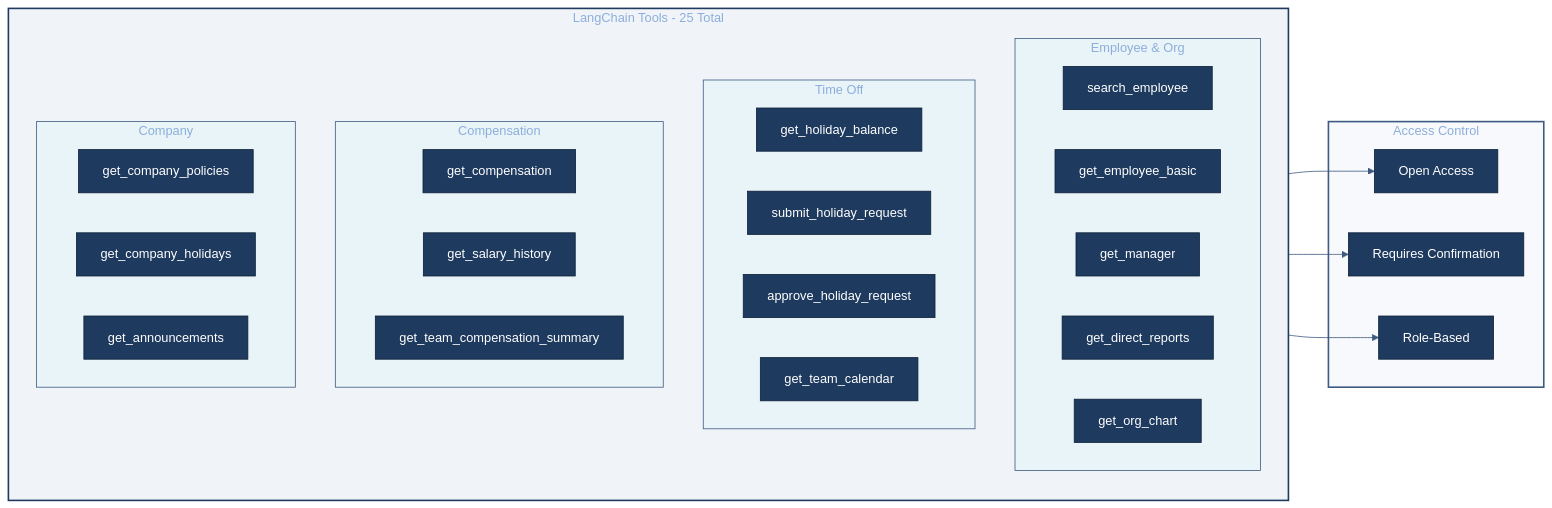
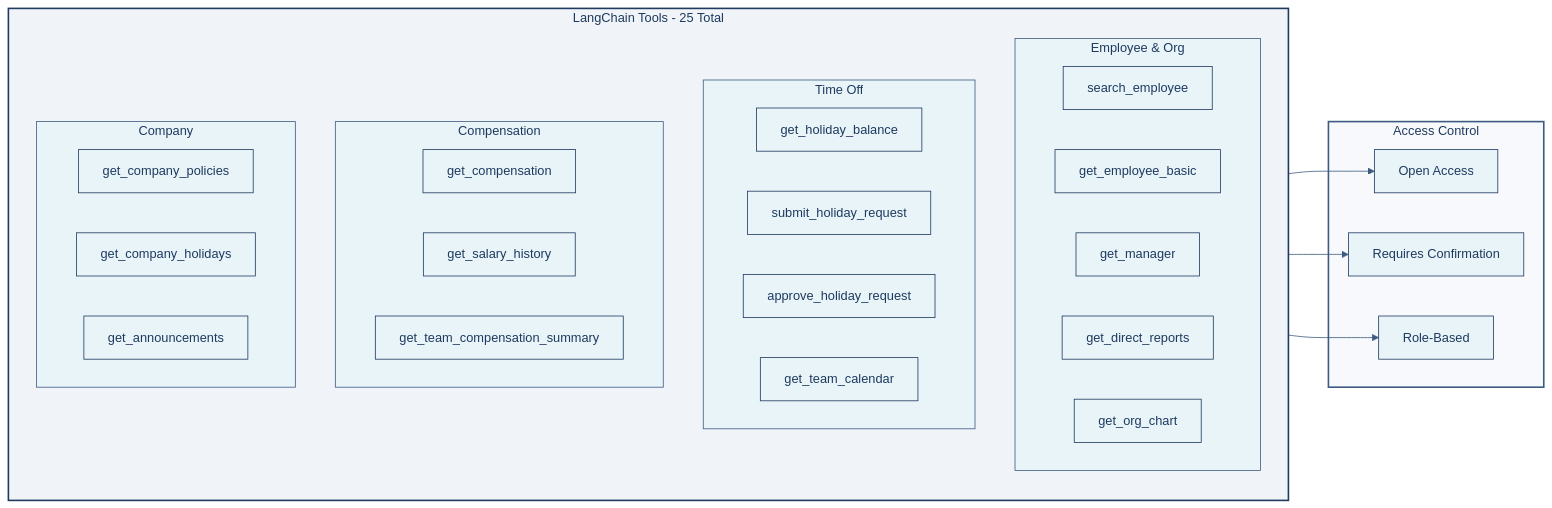
The fourth of 5 diagrams in ARCHITECTURE.md (ruthvik-jeev/hr-agent), drawn with Mermaid before and after one commit. The commit also changed other lines of this file and 5 other files, not shown here.

First line of the commit message:
fix: improve diagram text visibility with dark text colors

````diff
--- a/ARCHITECTURE.md
+++ b/ARCHITECTURE.md
@@ -210,60 +221,62 @@
 ```mermaid
 %%{init: {
   'theme': 'base',
   'themeVariables': {
-    'primaryColor': '#1e3a5f',
-    'primaryTextColor': '#ffffff',
-    'primaryBorderColor': '#0d2137',
-    'lineColor': '#3d5a80'
+    'primaryColor': '#e8f4f8',
+    'primaryTextColor': '#1e3a5f',
+    'primaryBorderColor': '#1e3a5f',
+    'lineColor': '#3d5a80',
+    'textColor': '#1e3a5f',
+    'nodeTextColor': '#1e3a5f'
   }
 }}%%
 
 flowchart LR
     subgraph TOOLS["LangChain Tools - 25 Total"]
         direction TB
         
         subgraph EMP_TOOLS["Employee & Org"]
             T1["search_employee"]
             T2["get_employee_basic"]
             T3["get_manager"]
             T4["get_direct_reports"]
             T5["get_org_chart"]
         end
         
         subgraph HOL_TOOLS["Time Off"]
             T6["get_holiday_balance"]
             T7["submit_holiday_request"]
             T8["approve_holiday_request"]
             T9["get_team_calendar"]
         end
         
         subgraph COMP_TOOLS["Compensation"]
             T10["get_compensation"]
             T11["get_salary_history"]
             T12["get_team_compensation_summary"]
         end
         
         subgraph COMPANY_TOOLS["Company"]
             T13["get_company_policies"]
             T14["get_company_holidays"]
             T15["get_announcements"]
         end
     end
     
     subgraph ACCESS["Access Control"]
         OPEN["Open Access"]
         CONFIRM["Requires Confirmation"]
         RESTRICT["Role-Based"]
     end
     
     EMP_TOOLS --> OPEN
     HOL_TOOLS --> CONFIRM
     COMP_TOOLS --> RESTRICT
 
-    style TOOLS fill:#f0f4f8,stroke:#1e3a5f,stroke-width:2px
-    style ACCESS fill:#f7f9fc,stroke:#3d5a80,stroke-width:2px
-    style EMP_TOOLS fill:#e8f4f8,stroke:#3d5a80
-    style HOL_TOOLS fill:#e8f4f8,stroke:#3d5a80
-    style COMP_TOOLS fill:#e8f4f8,stroke:#3d5a80
-    style COMPANY_TOOLS fill:#e8f4f8,stroke:#3d5a80
+    style TOOLS fill:#f0f4f8,stroke:#1e3a5f,stroke-width:2px,color:#1e3a5f
+    style ACCESS fill:#f7f9fc,stroke:#3d5a80,stroke-width:2px,color:#1e3a5f
+    style EMP_TOOLS fill:#e8f4f8,stroke:#3d5a80,color:#1e3a5f
+    style HOL_TOOLS fill:#e8f4f8,stroke:#3d5a80,color:#1e3a5f
+    style COMP_TOOLS fill:#e8f4f8,stroke:#3d5a80,color:#1e3a5f
+    style COMPANY_TOOLS fill:#e8f4f8,stroke:#3d5a80,color:#1e3a5f
 ```
````
